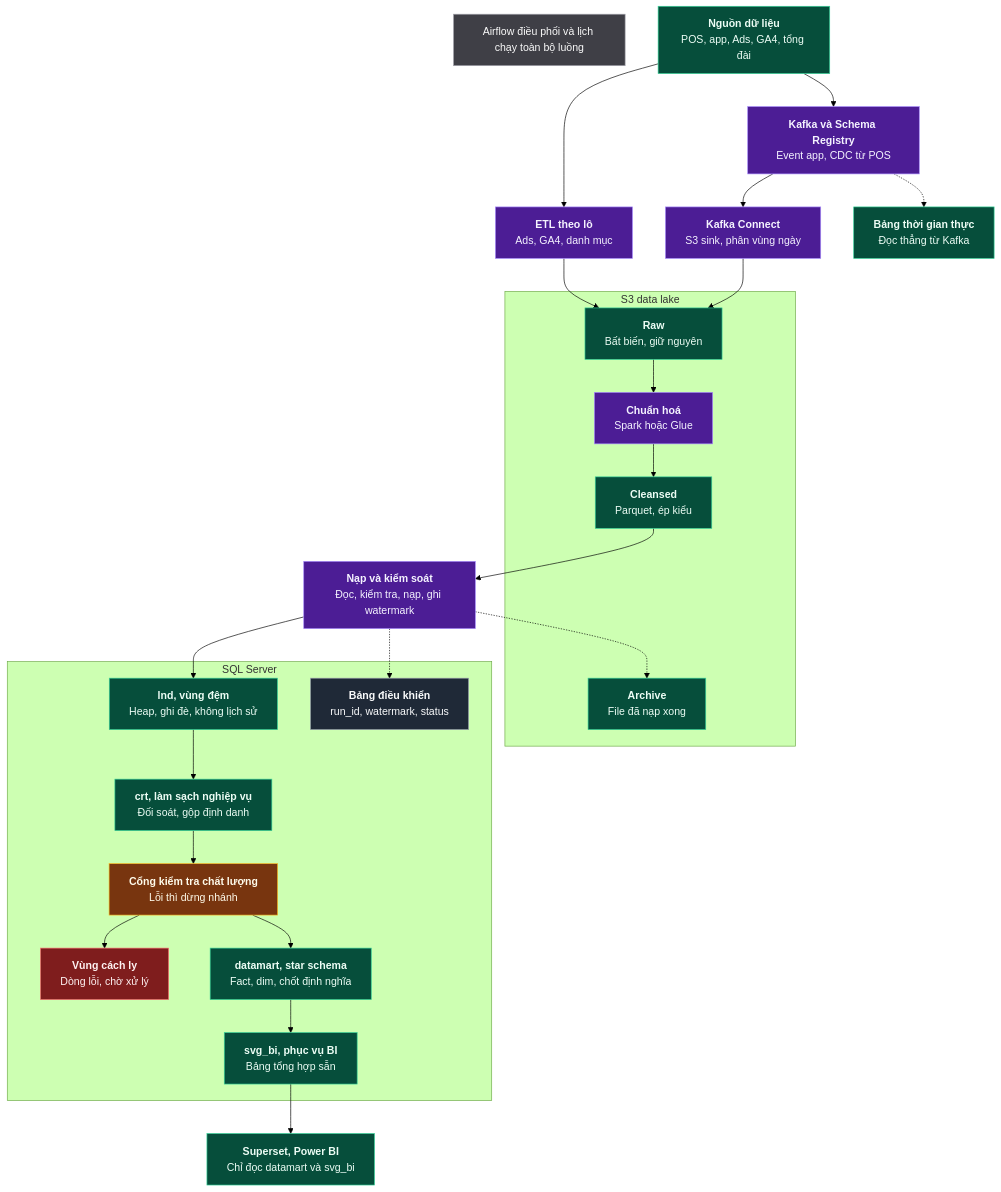
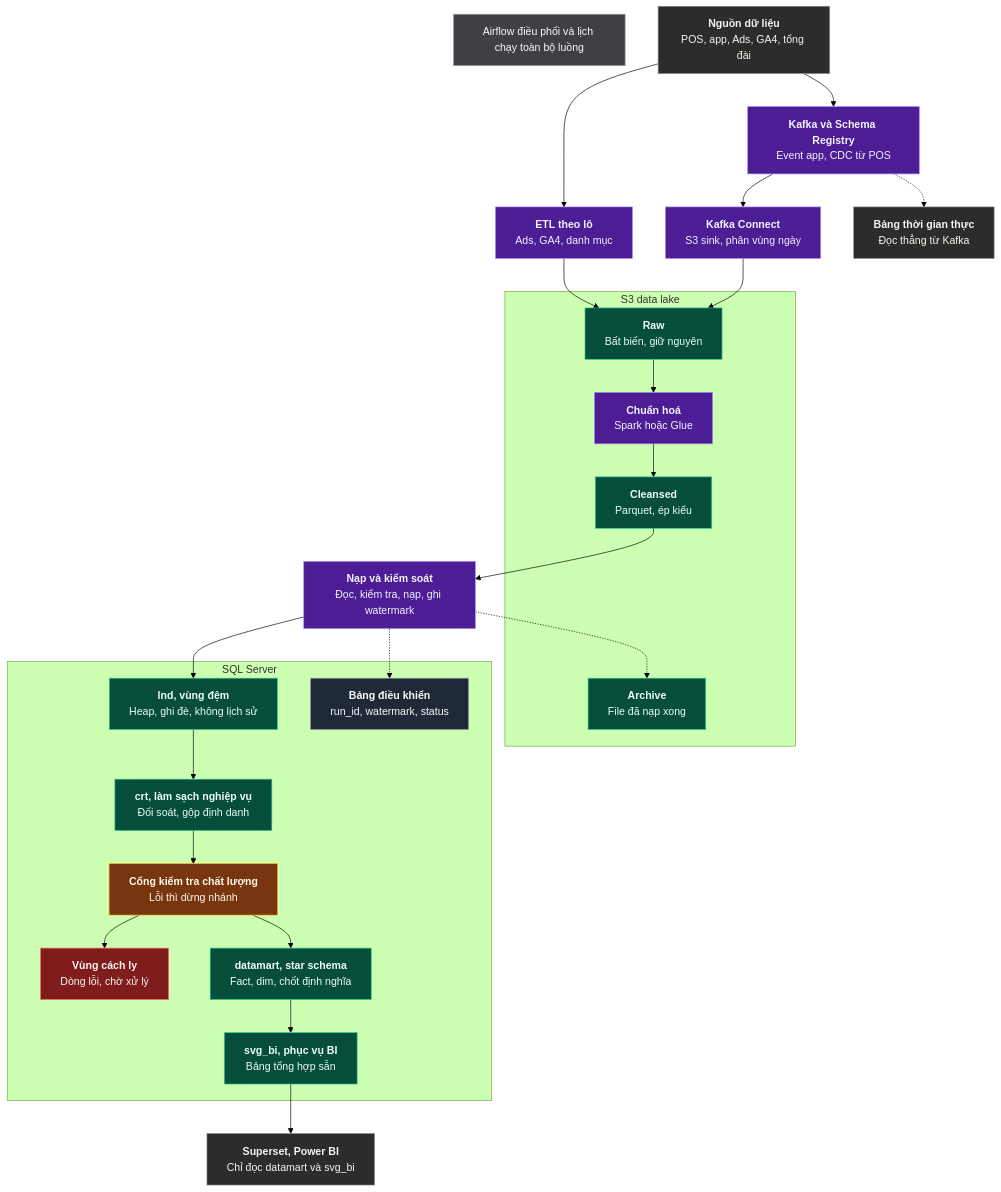
Before and after one commit to sonnguyen118/facialbar-dbt: the diagram in Flow.md, drawn with Mermaid (forest theme). The commit also changed other lines of this file and 2 other files, not shown here.

Commit message:
docs: tách thiết kế DB ứng dụng, chuyển bản thiết kế thành bản trình phê duyệt
- Thêm Thiet-Ke-DB-WebApp.md: thiết kế CSDL vận hành của web-app
  (PostgreSQL, schema app, 40 bảng) — nơi dữ liệu được sinh ra, tách khỏi
  tài liệu kho phân tích. Gồm 4 nguyên tắc thiết kế, chuẩn kỹ thuật,
  và cơ chế outbox_event để sự kiện ra Kafka không mất/không trùng.

- Ban-Thiet-Ke-CSDL.md: viết lại thành bản trình phê duyệt cho Ban TGĐ —
  8 quyết định cần phê duyệt (định nghĩa doanh thu, mốc ghi nhận, thời gian
  lưu dữ liệu, dữ liệu nhạy cảm...), lộ trình 9 giai đoạn/18 tuần,
  dự toán chi phí, tiêu chí nghiệm thu. Phần đặc tả kỹ thuật giữ ở docs/.

- Flow.md: thêm classDef ext cho thành phần ngoài phạm vi thiết kế kho
  (nguồn, công cụ báo cáo, bảng thời gian thực) để sơ đồ khớp chú thích màu.

````diff
--- a/Flow.md
+++ b/Flow.md
@@ -17,54 +17,55 @@
 ```mermaid
 flowchart TD
     AF["Airflow điều phối và lịch chạy toàn bộ luồng"]:::orch
 
-    SRC["<b>Nguồn dữ liệu</b><br/>POS, app, Ads, GA4, tổng đài"]:::store
+    SRC["<b>Nguồn dữ liệu</b><br/>POS, app, Ads, GA4, tổng đài"]:::ext
 
     ETL["<b>ETL theo lô</b><br/>Ads, GA4, danh mục"]:::proc
     KFK["<b>Kafka và Schema Registry</b><br/>Event app, CDC từ POS"]:::proc
     KC["<b>Kafka Connect</b><br/>S3 sink, phân vùng ngày"]:::proc
 
     subgraph LAKE["S3 data lake"]
         RAW["<b>Raw</b><br/>Bất biến, giữ nguyên"]:::store
         STD["<b>Chuẩn hoá</b><br/>Spark hoặc Glue"]:::proc
         CLN["<b>Cleansed</b><br/>Parquet, ép kiểu"]:::store
         ARC["<b>Archive</b><br/>File đã nạp xong"]:::store
     end
 
     LOAD["<b>Nạp và kiểm soát</b><br/>Đọc, kiểm tra, nạp, ghi watermark"]:::proc
 
     subgraph DWH["SQL Server"]
         LND["<b>lnd, vùng đệm</b><br/>Heap, ghi đè, không lịch sử"]:::store
         CRT["<b>crt, làm sạch nghiệp vụ</b><br/>Đối soát, gộp định danh"]:::store
         GATE["<b>Cổng kiểm tra chất lượng</b><br/>Lỗi thì dừng nhánh"]:::gate
         QTN["<b>Vùng cách ly</b><br/>Dòng lỗi, chờ xử lý"]:::error
         DM["<b>datamart, star schema</b><br/>Fact, dim, chốt định nghĩa"]:::store
         BI["<b>svg_bi, phục vụ BI</b><br/>Bảng tổng hợp sẵn"]:::store
         CTL["<b>Bảng điều khiển</b><br/>run_id, watermark, status"]:::ctlbox
     end
 
-    CONS["<b>Superset, Power BI</b><br/>Chỉ đọc datamart và svg_bi"]:::store
-    RT["<b>Bảng thời gian thực</b><br/>Đọc thẳng từ Kafka"]:::store
+    CONS["<b>Superset, Power BI</b><br/>Chỉ đọc datamart và svg_bi"]:::ext
+    RT["<b>Bảng thời gian thực</b><br/>Đọc thẳng từ Kafka"]:::ext
 
     SRC --> ETL
     SRC --> KFK
     KFK --> KC
     ETL --> RAW
     KC --> RAW
     RAW --> STD --> CLN
     CLN --> LOAD
     LOAD --> LND --> CRT --> GATE
     GATE --> QTN
     GATE --> DM --> BI --> CONS
 
     LOAD -.-> ARC
     LOAD -.-> CTL
     KFK -.-> RT
 
     classDef orch fill:#3f3f46,stroke:#a1a1aa,color:#fafafa
     classDef proc fill:#4c1d95,stroke:#a78bfa,color:#f5f3ff
     classDef store fill:#064e3b,stroke:#34d399,color:#ecfdf5
     classDef gate fill:#78350f,stroke:#fbbf24,color:#fffbeb
     classDef error fill:#7f1d1d,stroke:#f87171,color:#fef2f2
     classDef ctlbox fill:#1f2937,stroke:#9ca3af,color:#f9fafb
+    classDef ext fill:#2c2c2a,stroke:#8a8a86,color:#f4f4f2
 ```
````
